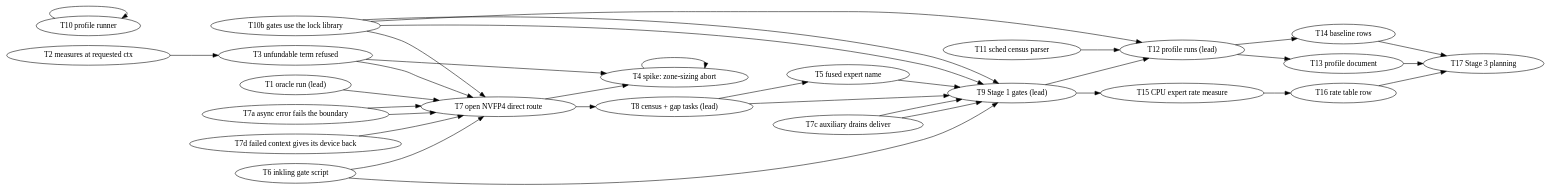
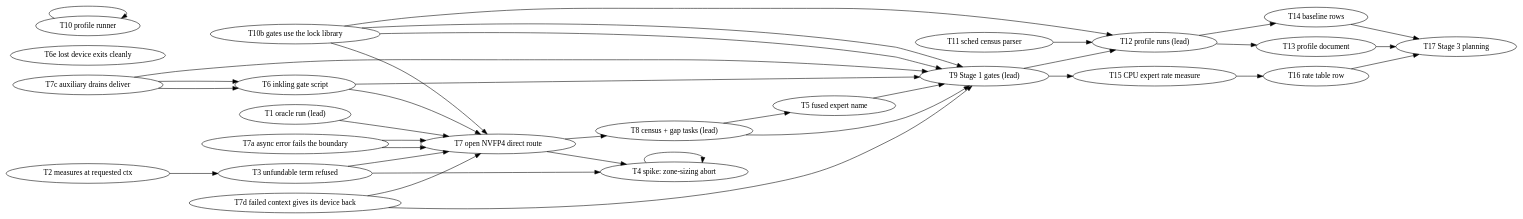
Before and after one commit to kainlan/llama.cpp-intel-optimizations: the diagram in docs/plans/2026-11-21-inkling2-mini-sycl-enable-profile-optimize.md, drawn with Graphviz. The commit also changed other lines of this file, not shown here.

First line of the commit message:
plan: the B50 default-context fault is the SYCL backend running not-computed nodes (Tasks 6d, 6e)

````diff
--- a/docs/plans/2026-11-21-inkling2-mini-sycl-enable-profile-optimize.md
+++ b/docs/plans/2026-11-21-inkling2-mini-sycl-enable-profile-optimize.md
@@ -94,36 +94,38 @@
 ```dot
 digraph dependencies {
     rankdir=LR;
     1  [label="T1 oracle run (lead)"];
     2  [label="T2 measures at requested ctx"];
     3  [label="T3 unfundable term refused"];
     4  [label="T4 spike: zone-sizing abort"];
     4b [label="T4b zone-sizing refusal"];
     5  [label="T5 fused expert name"];
     6  [label="T6 inkling gate script"];
     6b [label="T6b GPT-OSS gate without -ngl"];
     6c [label="T6c spike: GPT-OSS default context loses the B50"];
+    6d [label="T6d not-computed nodes are not executed"];
+    6e [label="T6e lost device exits cleanly"];
     7a [label="T7a async error fails the boundary"];
     7d [label="T7d failed context gives its device back"];
     7b [label="T7b every queue has the handler"];
     7c [label="T7c auxiliary drains deliver"];
     7  [label="T7 open NVFP4 direct route"];
     8  [label="T8 census + gap tasks (lead)"];
     9  [label="T9 Stage 1 gates (lead)"];
     10 [label="T10 profile runner"];
     10b [label="T10b gates use the lock library"];
     11 [label="T11 sched census parser"];
     12 [label="T12 profile runs (lead)"];
     13 [label="T13 profile document"];
     14 [label="T14 baseline rows"];
     15 [label="T15 CPU expert rate measure"];
     16 [label="T16 rate table row"];
     17 [label="T17 Stage 3 planning"];
     2 -> 3; 3 -> 4b; 4 -> 4b; 7 -> 4b; 8 -> 5;
-    1 -> 7a; 7a -> 7; 7a -> 7d; 7d -> 7b; 3 -> 7; 6 -> 7; 7 -> 8; 6c -> 9;
+    1 -> 7a; 7a -> 7; 7a -> 7d; 7d -> 7b; 3 -> 7; 6 -> 7; 7 -> 8; 6c -> 6d; 6d -> 9; 7c -> 6e;
     8 -> 9; 6 -> 9; 6b -> 9; 4b -> 9; 5 -> 9; 7b -> 7c; 7c -> 9;
     9 -> 12; 10 -> 10b; 10b -> 12; 11 -> 12;
     12 -> 13; 12 -> 14; 9 -> 15; 15 -> 16;
     13 -> 17; 14 -> 17; 16 -> 17;
 }
 ```
````
